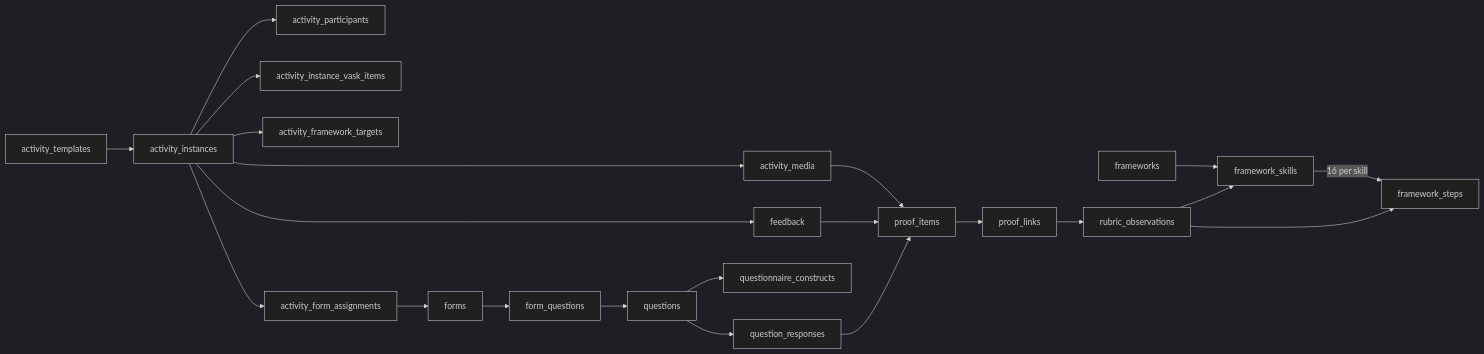
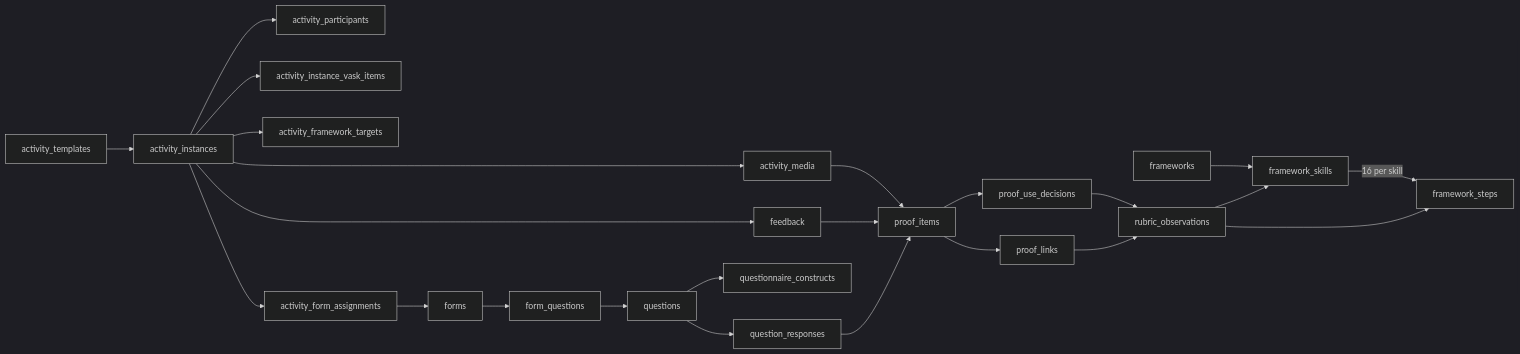
The diagram in output/English/Aspects updated.md (heison-octopus/testing-port), drawn with Mermaid (dark theme) before and after one commit. The commit also changed other lines of this file and 79 other files, not shown here.

````diff
--- a/output/English/Aspects updated.md
+++ b/output/English/Aspects updated.md
@@ -1003,27 +1074,29 @@
 ```mermaid
 flowchart LR
     AT[activity_templates] --> AI[activity_instances]
     AI --> AP[activity_participants]
     AI --> AV[activity_instance_vask_items]
     AI --> AFT[activity_framework_targets]
     AI --> AM[activity_media]
     AI --> AFA[activity_form_assignments]
     AI --> FB[feedback]
 
     F[forms] --> FQ[form_questions]
     FQ --> Q[questions]
     Q --> QC[questionnaire_constructs]
     Q --> QR[question_responses]
     QR --> PI[proof_items]
 
     FB --> PI
     AM --> PI
     PI --> PL[proof_links]
     PL --> RO[rubric_observations]
+    PI --> PUD[proof_use_decisions]
+    PUD --> RO
     RO --> FS[framework_skills]
     RO --> FST[framework_steps]
 
     FW[frameworks] --> FS
     FS -->|16 per skill| FST
     AFA --> F
 ```
````
